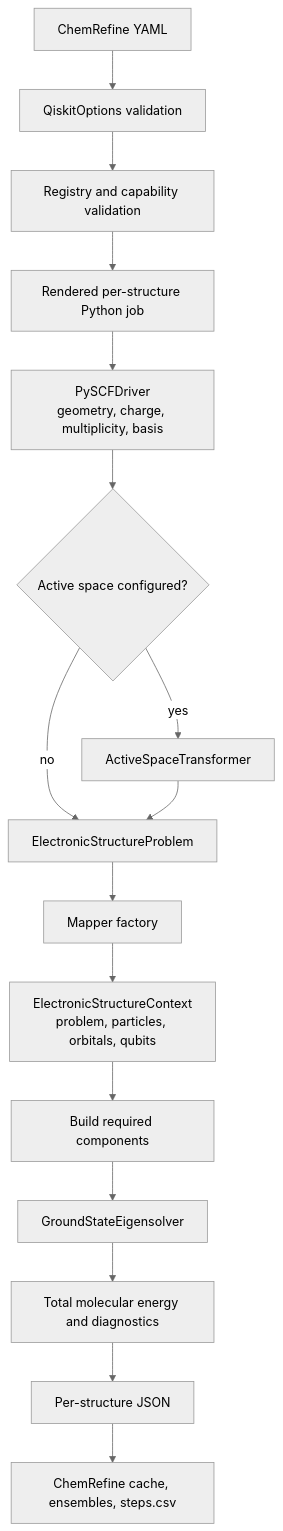
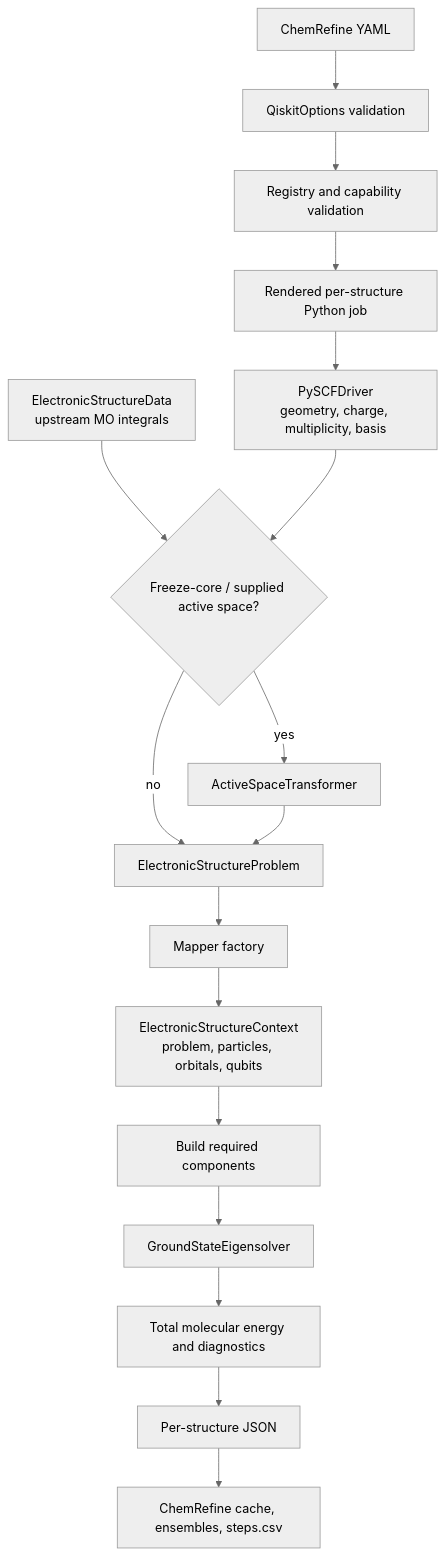
The first of 3 diagrams in docs/engines/qiskit.md (sterling-group/ChemRefine), drawn with Mermaid (neutral theme) before and after one commit. The commit also changed other lines of this file and 5 other files, not shown here.

````diff
--- a/docs/engines/qiskit.md
+++ b/docs/engines/qiskit.md
@@ -92,18 +109,19 @@
 ```mermaid
 flowchart TD
     YAML[ChemRefine YAML] --> OPT[QiskitOptions validation]
     OPT --> GRAPH[Registry and capability validation]
     GRAPH --> SCRIPT[Rendered per-structure Python job]
     SCRIPT --> DRIVER[PySCFDriver<br/>geometry, charge, multiplicity, basis]
-    DRIVER --> AS{Active space configured?}
+    INTEGRALS[ElectronicStructureData<br/>upstream MO integrals] --> AS
+    DRIVER --> AS{Freeze-core / supplied active space?}
     AS -- yes --> TRANS[ActiveSpaceTransformer]
     AS -- no --> PROBLEM[ElectronicStructureProblem]
     TRANS --> PROBLEM
     PROBLEM --> MAP[Mapper factory]
     MAP --> CTX[ElectronicStructureContext<br/>problem, particles, orbitals, qubits]
     CTX --> BUILD[Build required components]
     BUILD --> GSE[GroundStateEigensolver]
     GSE --> RESULT[Total molecular energy and diagnostics]
     RESULT --> JSON[Per-structure JSON]
     JSON --> CACHE[ChemRefine cache, ensembles, steps.csv]
 ```
````
